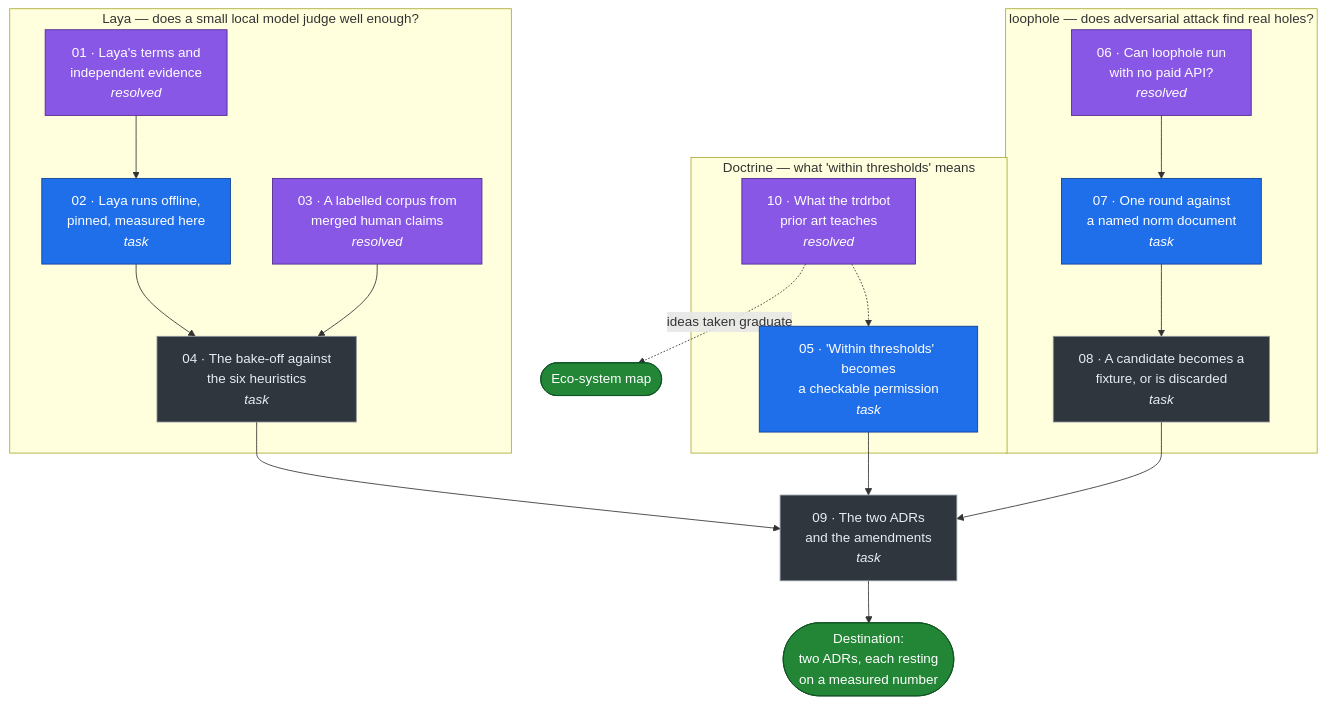
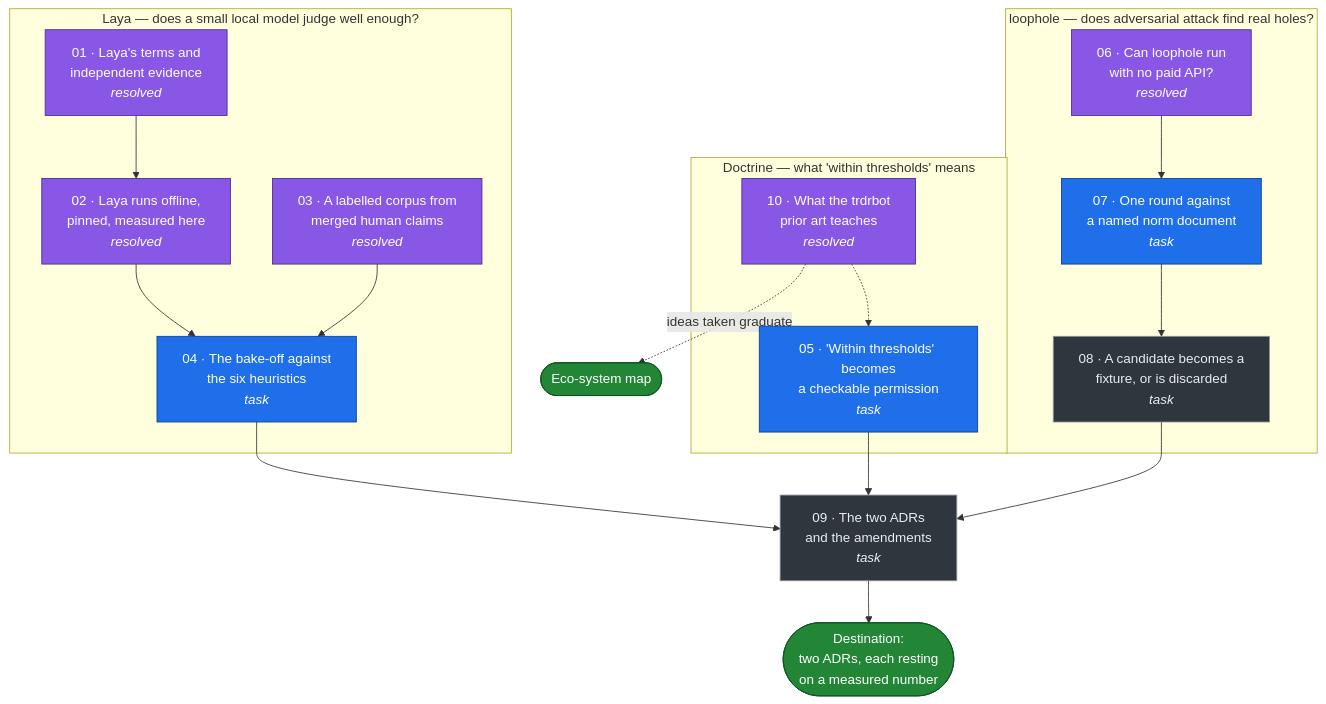
Before and after one commit to policy-as-versioned-flux/policy-as-versioned-flux: the diagram in .scratch/laya-loophole/map.md, drawn with Mermaid. The commit also changed other lines of this file and 6 other files, not shown here.

First line of the commit message:
wayfinder ticket 02: Laya runs pinned and offline, and costs 169.7 ms, not 39.5 ms

````diff
--- a/.scratch/laya-loophole/map.md
+++ b/.scratch/laya-loophole/map.md
@@ -164,40 +193,40 @@
 ```mermaid
 flowchart TD
     subgraph laya["Laya — does a small local model judge well enough?"]
         T01["01 · Laya's terms and<br/>independent evidence<br/><i>resolved</i>"]
-        T02["02 · Laya runs offline,<br/>pinned, measured here<br/><i>task</i>"]
+        T02["02 · Laya runs offline,<br/>pinned, measured here<br/><i>resolved</i>"]
         T03["03 · A labelled corpus from<br/>merged human claims<br/><i>resolved</i>"]
         T04["04 · The bake-off against<br/>the six heuristics<br/><i>task</i>"]
         T01 --> T02 --> T04
         T03 --> T04
     end
 
     subgraph doctrine["Doctrine — what 'within thresholds' means"]
         T10["10 · What the trdrbot<br/>prior art teaches<br/><i>resolved</i>"]
         T05["05 · 'Within thresholds' becomes<br/>a checkable permission<br/><i>task</i>"]
         T10 -.-> T05
     end
 
     subgraph loophole["loophole — does adversarial attack find real holes?"]
         T06["06 · Can loophole run<br/>with no paid API?<br/><i>resolved</i>"]
         T07["07 · One round against<br/>a named norm document<br/><i>task</i>"]
         T08["08 · A candidate becomes a<br/>fixture, or is discarded<br/><i>task</i>"]
         T06 --> T07 --> T08
     end
 
     T09["09 · The two ADRs<br/>and the amendments<br/><i>task</i>"]
     T04 --> T09
     T05 --> T09
     T08 --> T09
     T09 --> DEST(["Destination:<br/>two ADRs, each resting<br/>on a measured number"])
     T10 -. "ideas taken graduate" .-> ECO(["Eco-system map"])
 
     classDef frontier fill:#1f6feb,stroke:#0b3d91,color:#fff
     classDef blocked fill:#30363d,stroke:#8b949e,color:#e6edf3
     classDef done fill:#8957e5,stroke:#4c2889,color:#fff
     classDef dest fill:#238636,stroke:#0f5323,color:#fff
-    class T02,T05,T07 frontier
-    class T04,T08,T09 blocked
-    class T01,T03,T06,T10 done
+    class T04,T05,T07 frontier
+    class T08,T09 blocked
+    class T01,T02,T03,T06,T10 done
     class DEST,ECO dest
 ```
````
